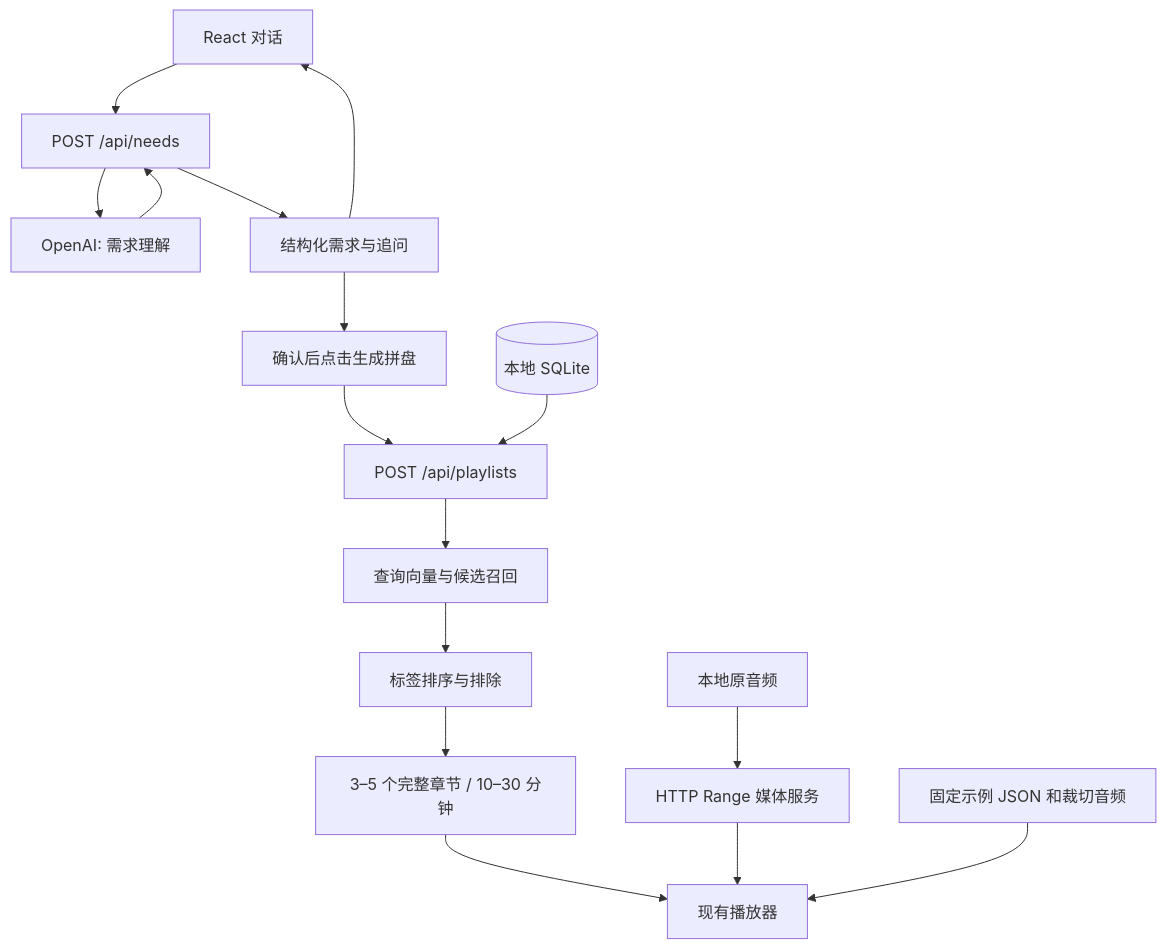
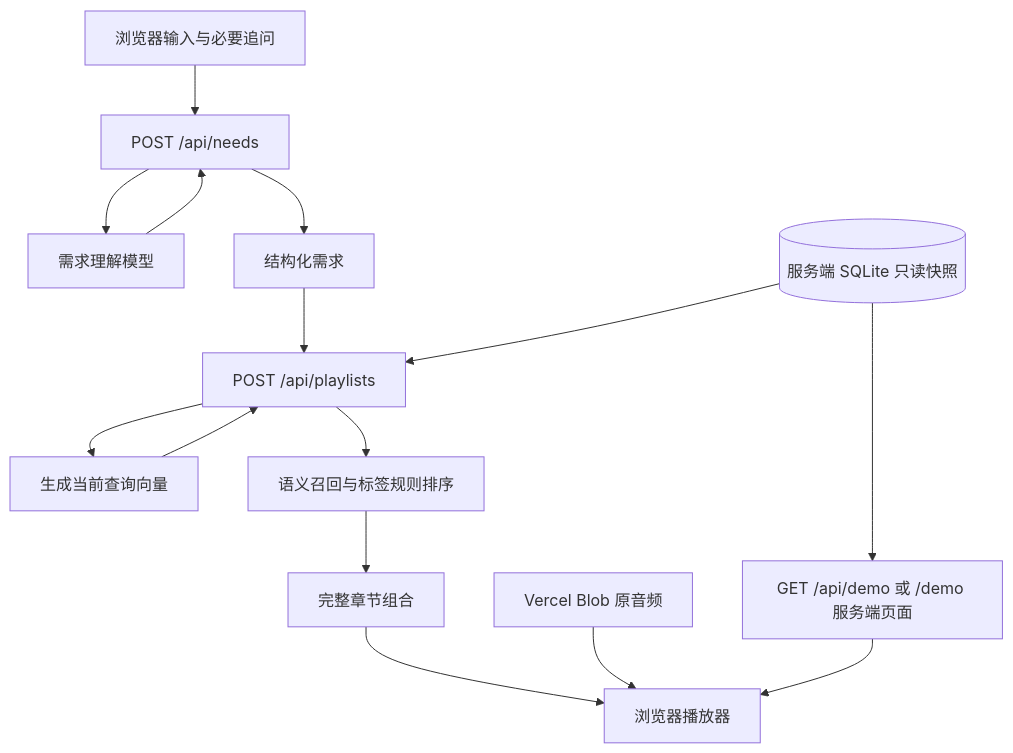
The diagram in docs/product-architecture.md (xinyuww/podcast-content-search), drawn with Mermaid before and after one commit. The commit also changed other lines of this file and 12 other files, not shown here.

Commit message:
docs: align README and guides with current Vercel architecture

````diff
--- a/docs/product-architecture.md
+++ b/docs/product-architecture.md
@@ -24,18 +22,17 @@
 ```mermaid
 flowchart TD
-    U[React 对话] --> N[POST /api/needs]
-    N --> O[OpenAI: 需求理解]
-    O --> N
-    N --> P[结构化需求与追问]
-    P --> U
-    P --> C[确认后点击生成拼盘]
-    C --> S[POST /api/playlists]
-    DB[(本地 SQLite)] --> S
-    S --> E[查询向量与候选召回]
-    E --> R[标签排序与排除]
-    R --> A[3–5 个完整章节 / 10–30 分钟]
-    A --> PLAYER[现有播放器]
-    AUDIO[本地原音频] --> MEDIA[HTTP Range 媒体服务]
-    MEDIA --> PLAYER
-    FIXED[固定示例 JSON 和裁切音频] --> PLAYER
+    UI[浏览器输入与必要追问] --> N[POST /api/needs]
+    N --> LLM[需求理解模型]
+    LLM --> N
+    N --> PROFILE[结构化需求]
+    PROFILE --> API[POST /api/playlists]
+    API --> EMB[生成当前查询向量]
+    DB[(服务端 SQLite 只读快照)] --> API
+    EMB --> API
+    API --> RANK[语义召回与标签规则排序]
+    RANK --> MIX[完整章节组合]
+    MIX --> PLAYER[浏览器播放器]
+    BLOB[Vercel Blob 原音频] --> PLAYER
+    DB --> DEMO[GET /api/demo 或 /demo 服务端页面]
+    DEMO --> PLAYER
 ```
````
